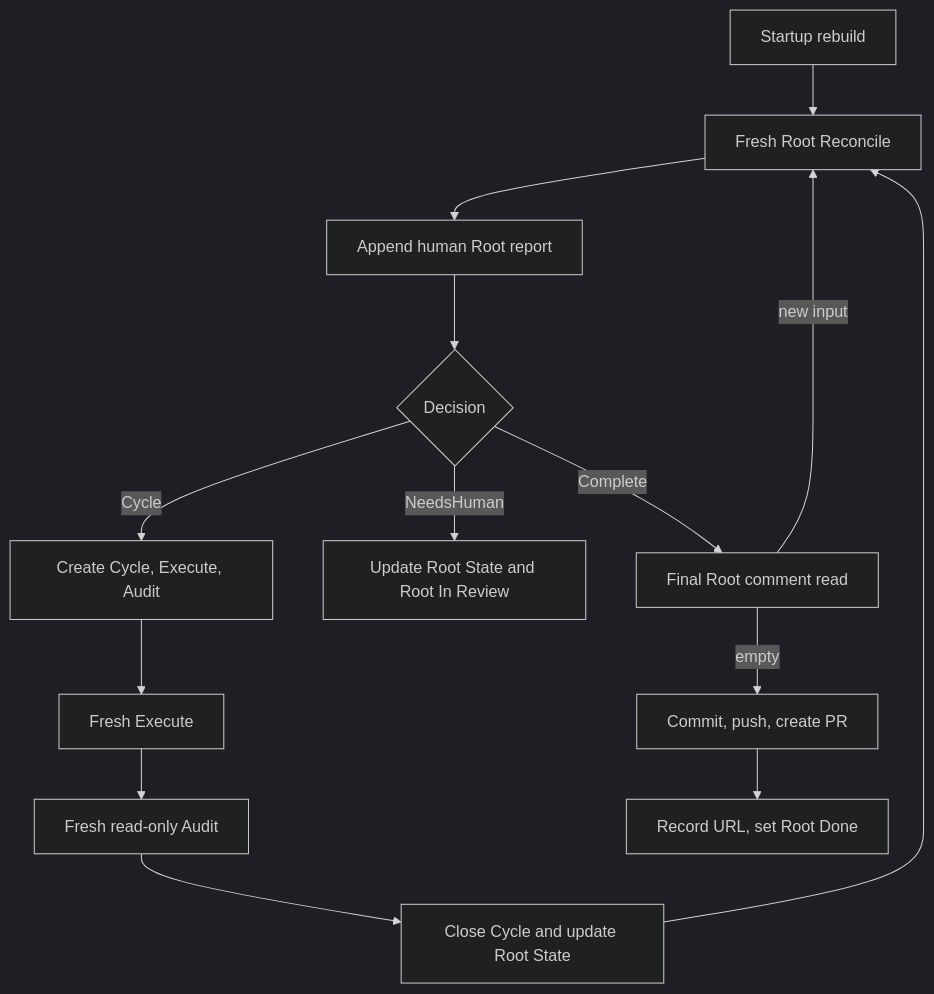
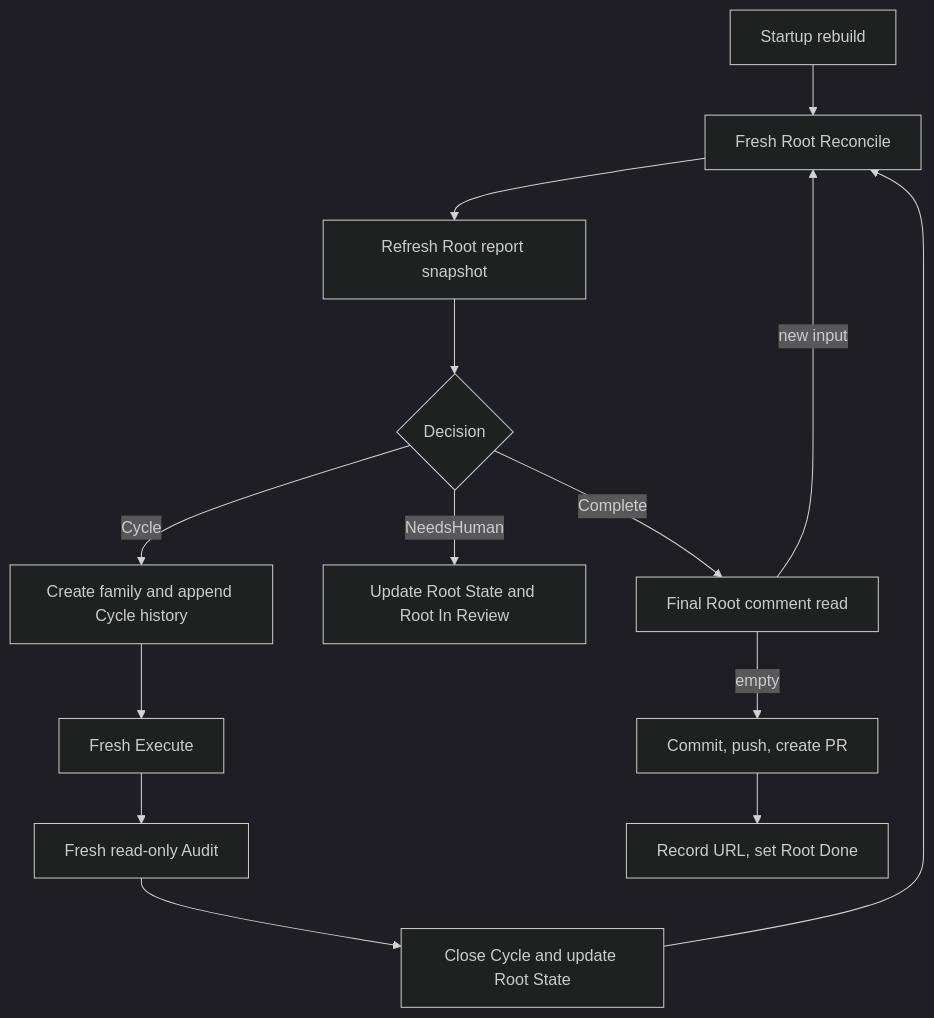
One commit to hallucination-studio/symphony changed the diagram in docs/architecture/conductor.md. Above: the diagram before and after it, drawn with Mermaid (dark theme). The commit also changed other lines of this file and 30 other files, not shown here.

````diff
--- a/docs/architecture/conductor.md
+++ b/docs/architecture/conductor.md
@@ -106,17 +107,17 @@
 ```mermaid
 %% source-rules: WF-ROUTE-001 WF-ROUTE-002 WF-ROUTE-003 WF-ROUTE-004 WF-ROUTE-005 WF-ROUTE-006 WF-ROUTE-007 WF-ROUTE-008
 flowchart TD
   Start[Startup rebuild] --> Reconcile[Fresh Root Reconcile]
-  Reconcile --> Report[Append human Root report]
+  Reconcile --> Report[Refresh Root report snapshot]
   Report --> Decision{Decision}
-  Decision -->|Cycle| Create[Create Cycle, Execute, Audit]
+  Decision -->|Cycle| Create[Create family and append Cycle history]
   Create --> Execute[Fresh Execute]
   Execute --> Audit[Fresh read-only Audit]
   Audit --> Close[Close Cycle and update Root State]
   Close --> Reconcile
   Decision -->|NeedsHuman| Stop[Update Root State and Root In Review]
   Decision -->|Complete| Inbox[Final Root comment read]
   Inbox -->|new input| Reconcile
   Inbox -->|empty| PR[Commit, push, create PR]
   PR --> Done[Record URL, set Root Done]
 ```
````
